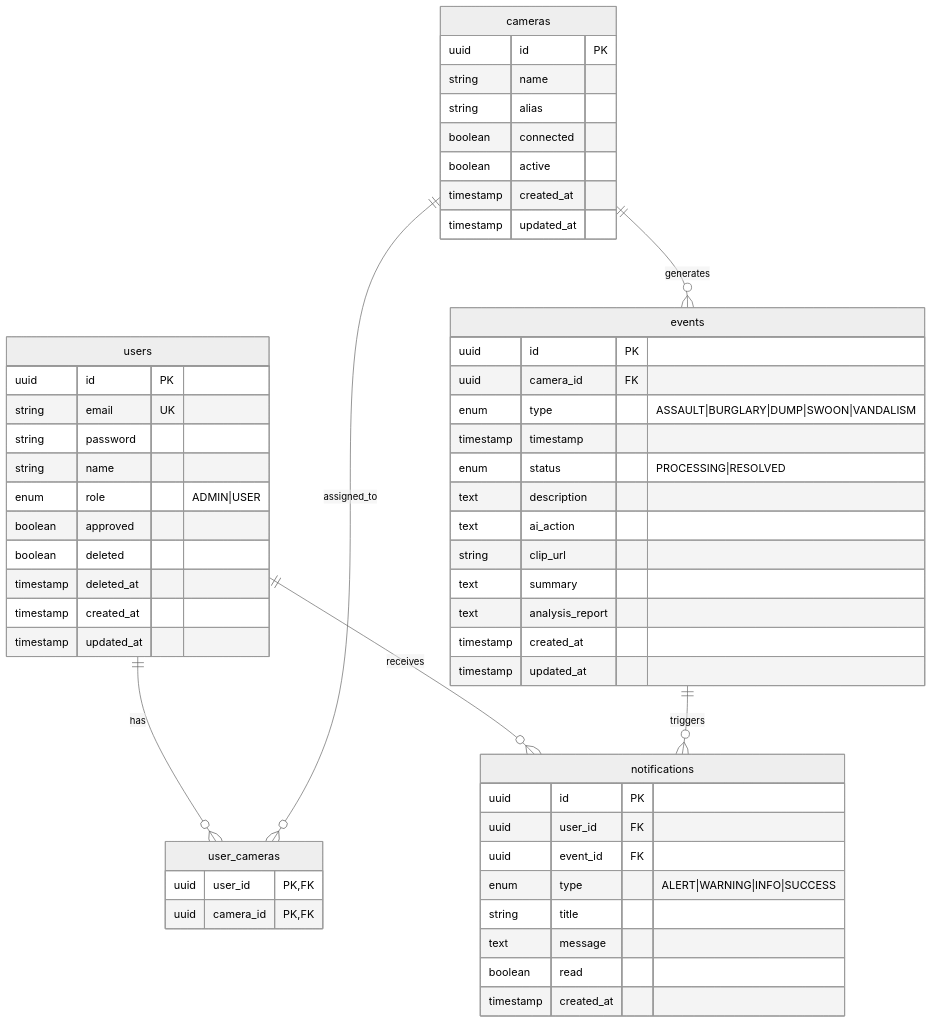
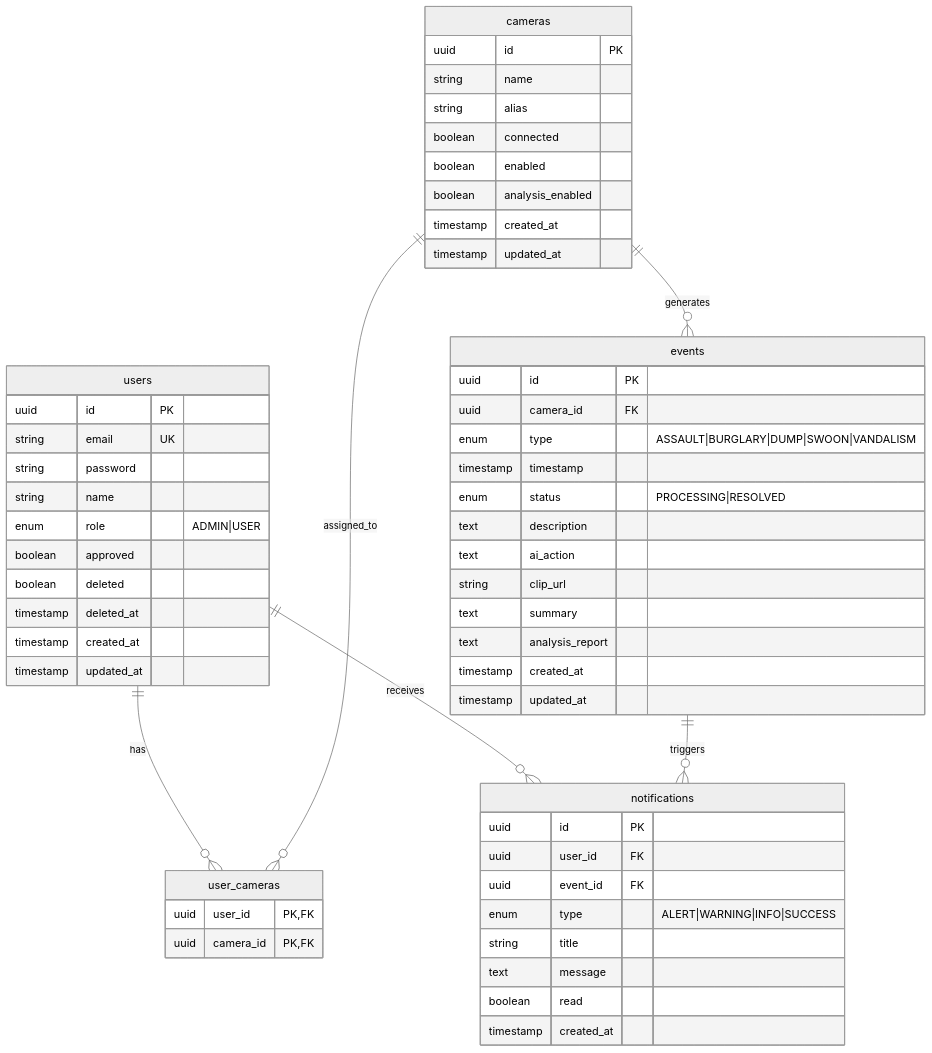
Before and after one commit to AIX-01/aegis-frontend: the seventh of 7 diagrams in WORKFLOWS.md, drawn with Mermaid (neutral theme). The commit also changed other lines of this file, not shown here.

````diff
--- a/WORKFLOWS.md
+++ b/WORKFLOWS.md
@@ -1081,62 +1086,63 @@
 ```mermaid
 erDiagram
     users ||--o{ user_cameras : has
     users ||--o{ notifications : receives
     cameras ||--o{ user_cameras : assigned_to
     cameras ||--o{ events : generates
     events ||--o{ notifications : triggers
 
     users {
         uuid id PK
         string email UK
         string password
         string name
         enum role "ADMIN|USER"
         boolean approved
         boolean deleted
         timestamp deleted_at
         timestamp created_at
         timestamp updated_at
     }
 
     cameras {
         uuid id PK
         string name
         string alias
         boolean connected
-        boolean active
+        boolean enabled
+        boolean analysis_enabled
         timestamp created_at
         timestamp updated_at
     }
 
     user_cameras {
         uuid user_id PK,FK
         uuid camera_id PK,FK
     }
 
     events {
         uuid id PK
         uuid camera_id FK
         enum type "ASSAULT|BURGLARY|DUMP|SWOON|VANDALISM"
         timestamp timestamp
         enum status "PROCESSING|RESOLVED"
         text description
         text ai_action
         string clip_url
         text summary
         text analysis_report
         timestamp created_at
         timestamp updated_at
     }
 
     notifications {
         uuid id PK
         uuid user_id FK
         uuid event_id FK
         enum type "ALERT|WARNING|INFO|SUCCESS"
         string title
         text message
         boolean read
         timestamp created_at
     }
 ```
````
